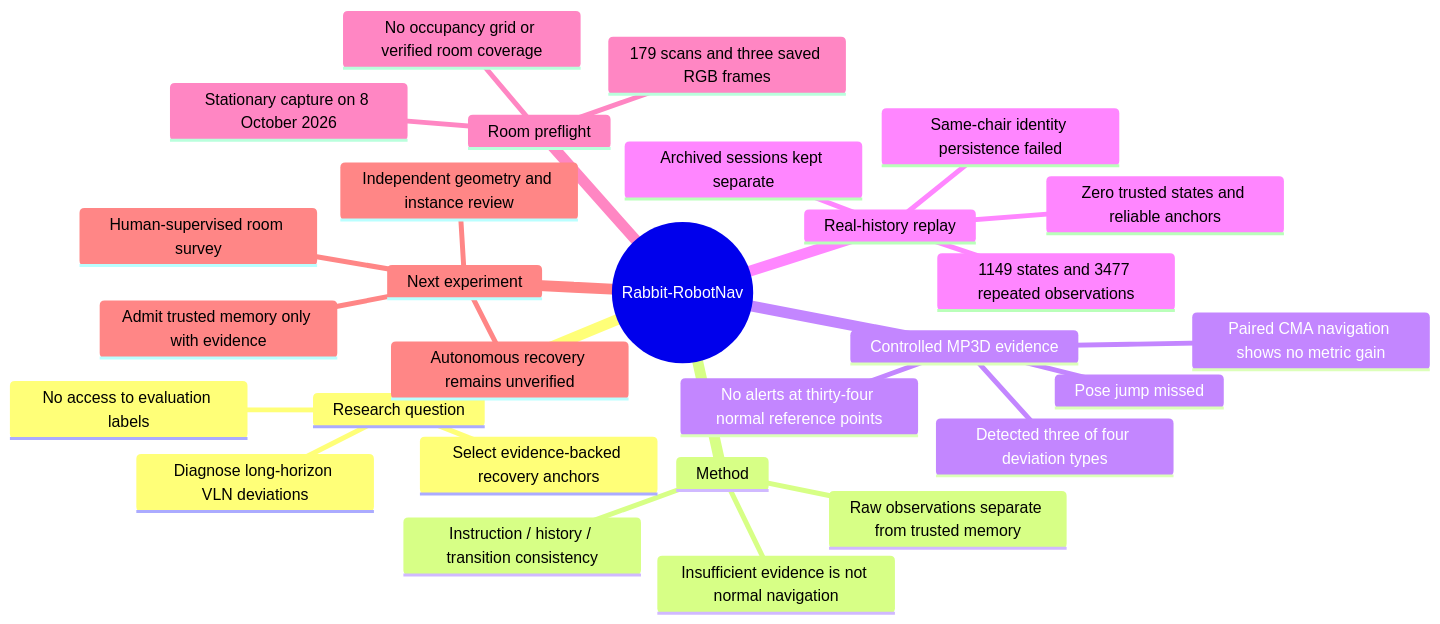
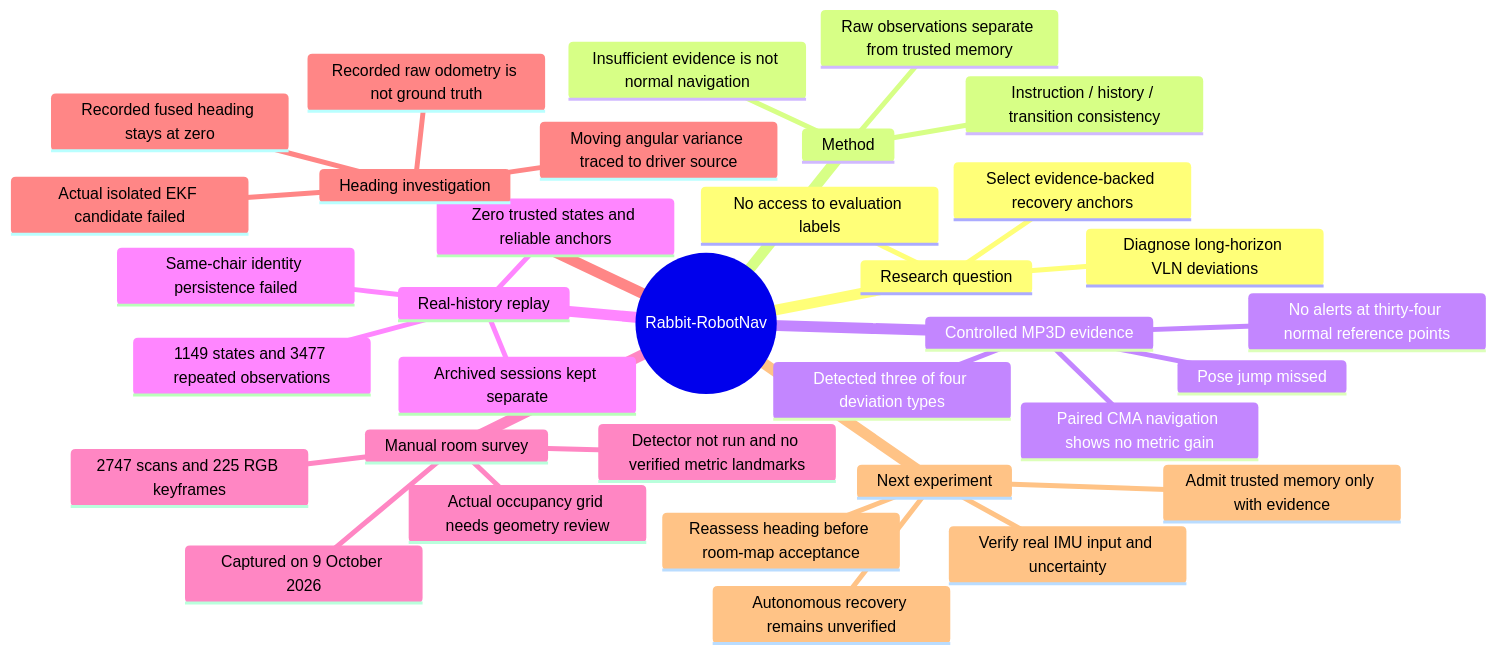
The diagram in RabbitRobotNav/research-mindmap.mmd (lijinghai/lijinghai.github.io), drawn with Mermaid before and after one commit. The commit also changed 15 other files, not shown here.

```diff
--- a/RabbitRobotNav/research-mindmap.mmd
+++ b/RabbitRobotNav/research-mindmap.mmd
@@ -1,29 +1,35 @@
 mindmap
   root((Rabbit-RobotNav))
     Research question
       Diagnose long-horizon VLN deviations
       Select evidence-backed recovery anchors
       No access to evaluation labels
     Method
       Raw observations separate from trusted memory
       Instruction / history / transition consistency
       Insufficient evidence is not normal navigation
     Controlled MP3D evidence
       Detected three of four deviation types
       No alerts at thirty-four normal reference points
       Pose jump missed
       Paired CMA navigation shows no metric gain
     Real-history replay
       Archived sessions kept separate
       1149 states and 3477 repeated observations
       Zero trusted states and reliable anchors
       Same-chair identity persistence failed
-    Room preflight
-      Stationary capture on 8 October 2026
-      179 scans and three saved RGB frames
-      No occupancy grid or verified room coverage
+    Manual room survey
+      Captured on 9 October 2026
+      2747 scans and 225 RGB keyframes
+      Actual occupancy grid needs geometry review
+      Detector not run and no verified metric landmarks
+    Heading investigation
+      Recorded fused heading stays at zero
+      Actual isolated EKF candidate failed
+      Moving angular variance traced to driver source
+      Recorded raw odometry is not ground truth
     Next experiment
-      Human-supervised room survey
-      Independent geometry and instance review
+      Verify real IMU input and uncertainty
+      Reassess heading before room-map acceptance
       Admit trusted memory only with evidence
       Autonomous recovery remains unverified
```
